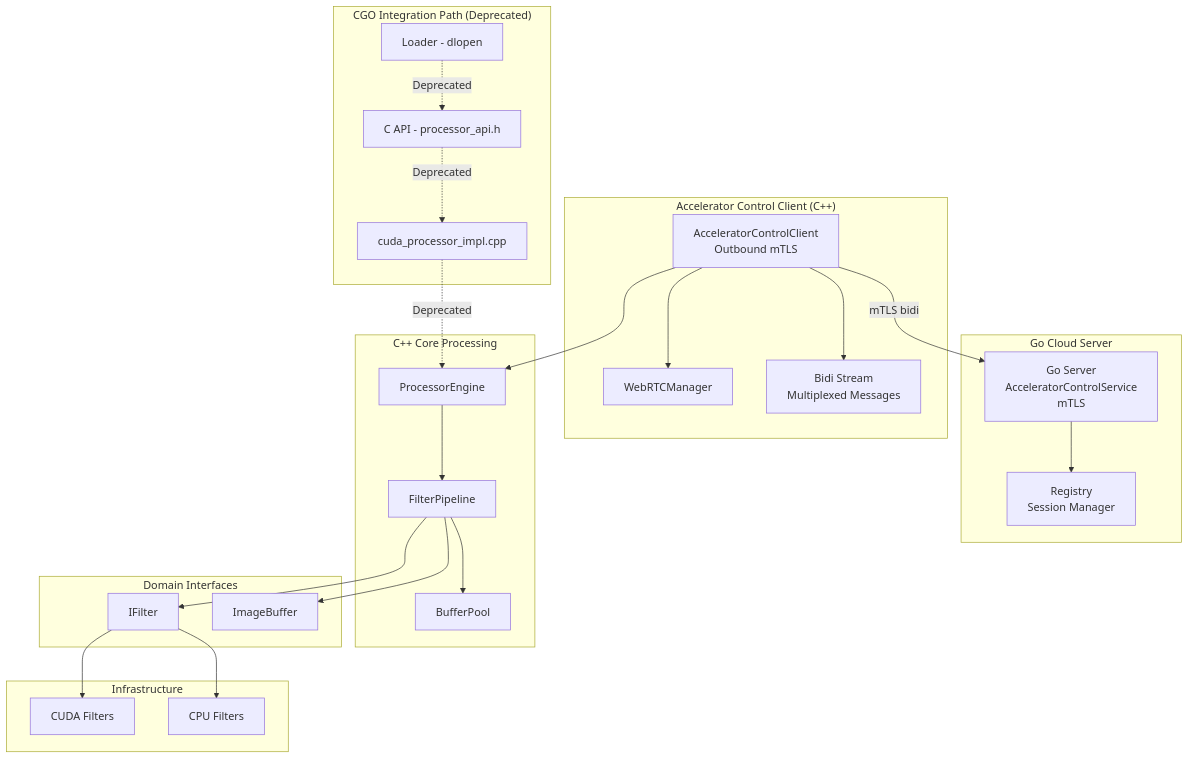
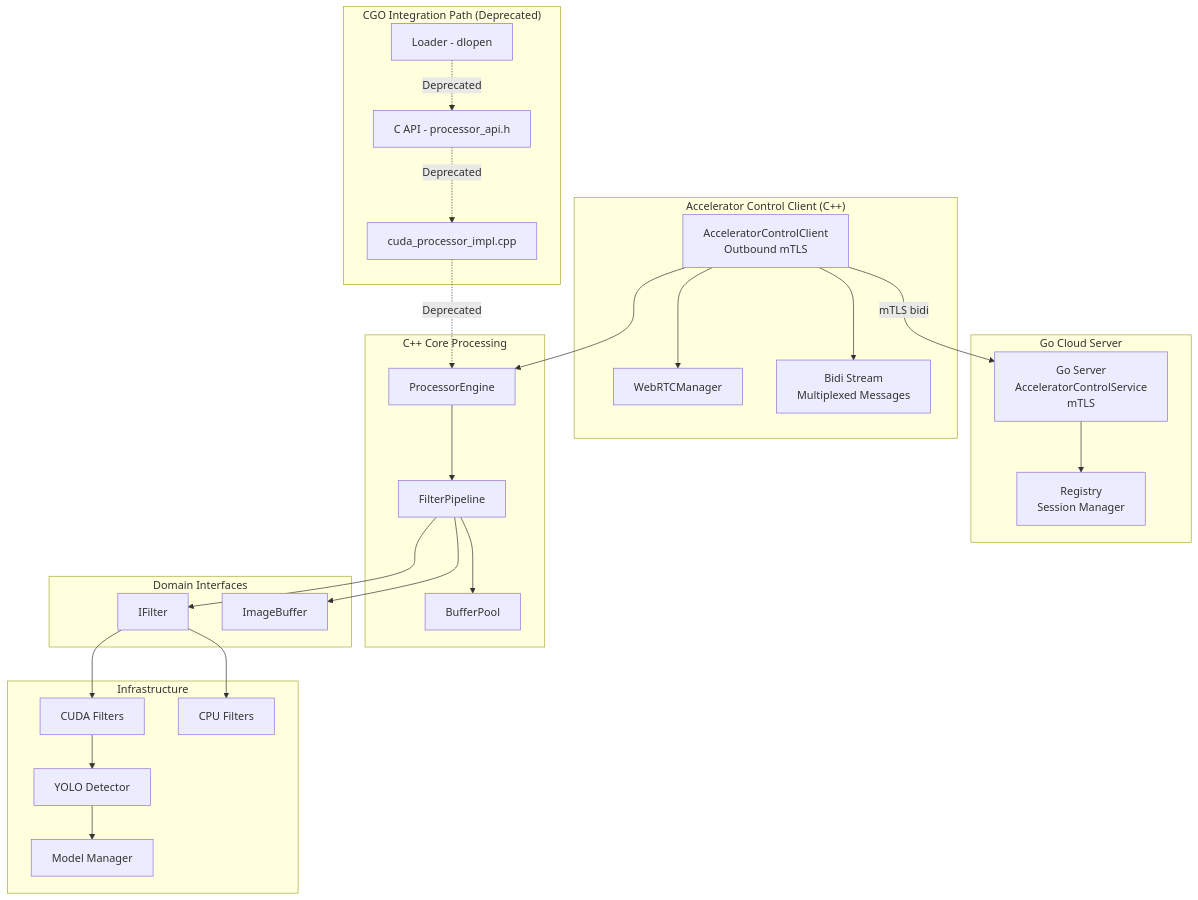
One commit to josnelihurt/learning-cuda changed the first of 6 diagrams in src/cpp_accelerator/README.md. Above: the diagram before and after it, drawn with Mermaid. The commit also changed other lines of this file and 7 other files, not shown here.

````diff
--- a/src/cpp_accelerator/README.md
+++ b/src/cpp_accelerator/README.md
@@ -33,53 +35,57 @@
 ```mermaid
 graph TB
     subgraph "Go Cloud Server"
         GoServer[Go Server<br/>AcceleratorControlService<br/>mTLS]
         Registry[Registry<br/>Session Manager]
     end
     
     subgraph "CGO Integration Path (Deprecated)"
         Loader[Loader - dlopen]
         CAPI[C API - processor_api.h]
         SharedLibImpl[cuda_processor_impl.cpp]
     end
     
     subgraph "Accelerator Control Client (C++)"
         AccelClient[AcceleratorControlClient<br/>Outbound mTLS]
         WebRTCMgr[WebRTCManager]
         BidiStream[Bidi Stream<br/>Multiplexed Messages]
     end
     
     subgraph "C++ Core Processing"
         ProcessorEngine[ProcessorEngine]
         FilterPipeline[FilterPipeline]
         BufferPool[BufferPool]
     end
     
     subgraph "Domain Interfaces"
         IFilter[IFilter]
         ImageBuffer[ImageBuffer]
     end
     
     subgraph "Infrastructure"
         CudaFilters[CUDA Filters]
         CpuFilters[CPU Filters]
+        YOLODetector[YOLO Detector]
+        ModelManager[Model Manager]
     end
     
     GoServer --> Registry
     
     AccelClient -->|mTLS bidi| GoServer
     AccelClient --> BidiStream
     AccelClient --> WebRTCMgr
     AccelClient --> ProcessorEngine
     
     Loader -.->|Deprecated| CAPI
     CAPI -.->|Deprecated| SharedLibImpl
     SharedLibImpl -.->|Deprecated| ProcessorEngine
     
     ProcessorEngine --> FilterPipeline
     FilterPipeline --> BufferPool
     FilterPipeline --> IFilter
     IFilter --> CudaFilters
     IFilter --> CpuFilters
+    CudaFilters --> YOLODetector
+    YOLODetector --> ModelManager
     FilterPipeline --> ImageBuffer
 ```
````
